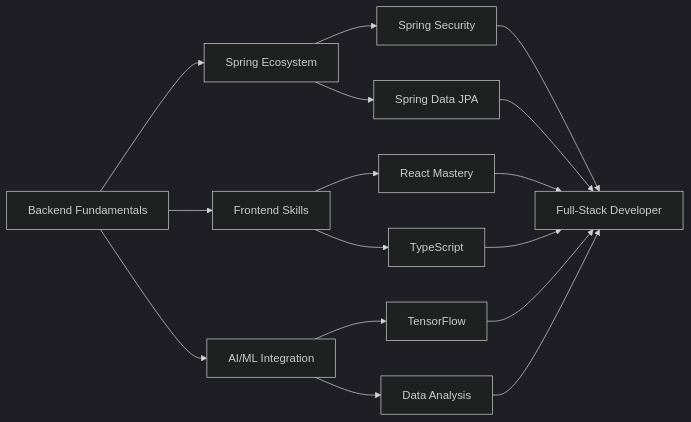
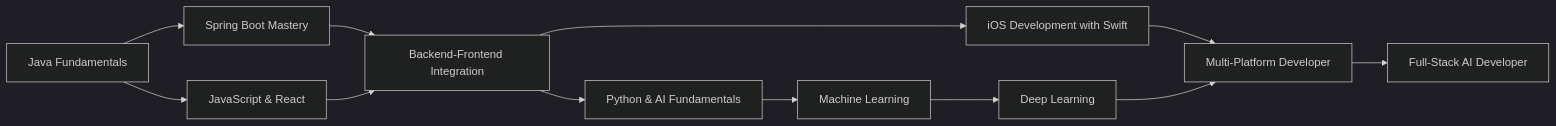
The diagram in README.md (SooinDev/SooinDev), drawn with Mermaid (dark theme) before and after one commit. The commit also changed other lines of this file, not shown here.

````diff
--- a/README.md
+++ b/README.md
@@ -127,22 +127,19 @@
 ```mermaid
 graph LR
-    A[Backend Fundamentals] --> B[Spring Ecosystem]
-    A --> C[Frontend Skills]
-    A --> D[AI/ML Integration]
+    A[Java Fundamentals] --> B[Spring Boot Mastery]
+    A --> C[JavaScript & React]
     
-    B --> E[Spring Security]
-    B --> F[Spring Data JPA]
+    B --> D[Backend-Frontend Integration]
+    C --> D
     
-    C --> G[React Mastery]
-    C --> H[TypeScript]
+    D --> E[iOS Development with Swift]
+    D --> F[Python & AI Fundamentals]
     
-    D --> I[TensorFlow]
-    D --> J[Data Analysis]
+    F --> G[Machine Learning]
+    G --> H[Deep Learning]
     
-    E --> K[Full-Stack Developer]
-    F --> K
-    G --> K
-    H --> K
-    I --> K
-    J --> K
+    E --> I[Multi-Platform Developer]
+    H --> I
+    
+    I --> J[Full-Stack AI Developer]
 ```
````
